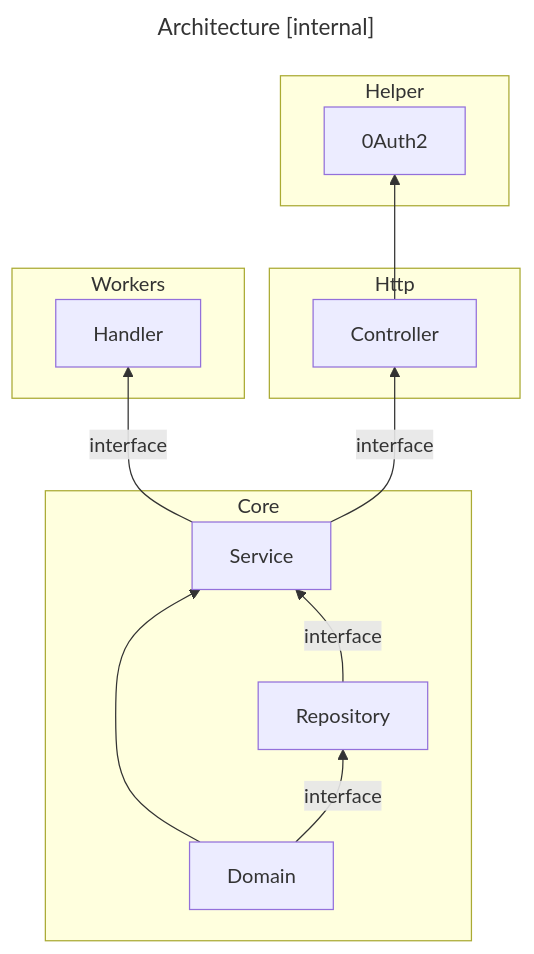
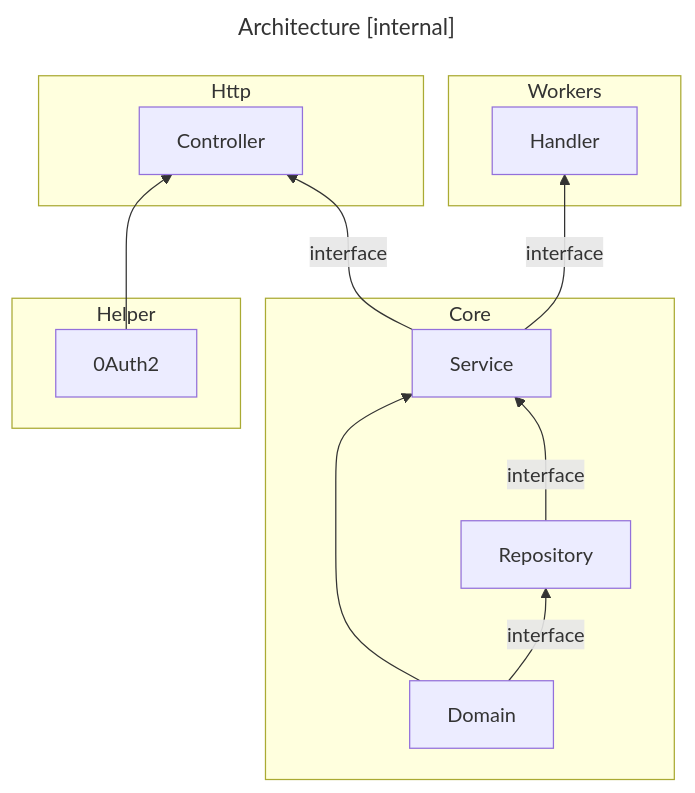
One commit to swclabs/swix changed the second of 2 diagrams in internal/README.md. Above: the diagram before and after it, drawn with Mermaid. The commit also changed 29 other files, not shown here.

````diff
--- a/internal/README.md
+++ b/internal/README.md
@@ -33,27 +33,27 @@
 ```mermaid
 ---
 title: Architecture [internal]
 ---
 flowchart BT
   subgraph Core
     Domain-->Service
     Domain-- interface -->Repository
     Repository-- interface -->Service
   end
 
   subgraph Helper
     0Auth2
   end
 
   subgraph Http
-    Controller --> 0Auth2
+    0Auth2 --> Controller
   end
 
   subgraph Workers
     Handler
   end
 
   Service -- interface --> Controller
   Service -- interface --> Handler
 
 ```
````
